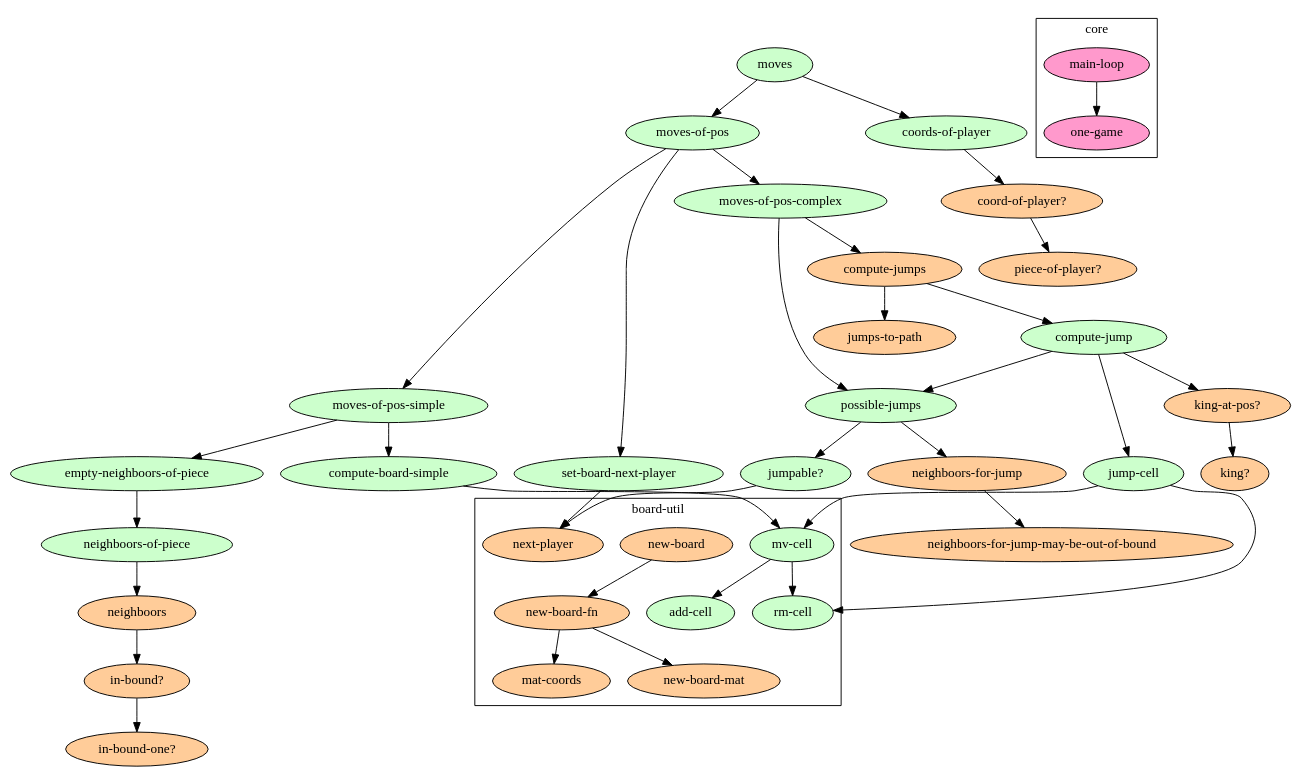
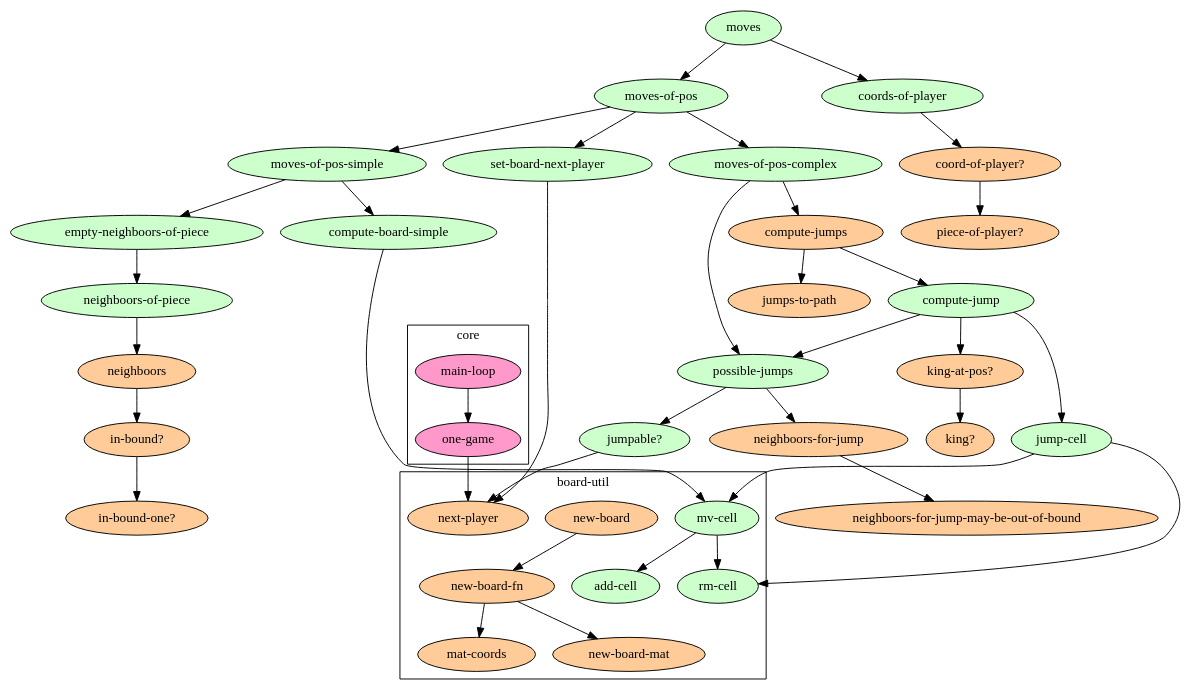
The diagram in doc/function-graph-detailled.dot (denlab/clojure-plays-checkers), drawn with Graphviz before and after one commit. The commit also changed 1 other file, not shown here.

Commit message:
one-game now uses next-player

```diff
--- a/doc/function-graph-detailled.dot
+++ b/doc/function-graph-detailled.dot
@@ -1,142 +1,141 @@
 digraph funtions {
 
 /******************************************************************************
  *                         edges                                              *         
  ******************************************************************************/
 
         "new-board-fn" -> "mat-coords";
         "new-board-fn" -> "new-board-mat";
         
         "new-board" -> "new-board-fn";
 
         "in-bound?" -> "in-bound-one?";
 
         "neighboors" -> "in-bound?";
 
         "neighboors-of-piece" -> "neighboors";
 
         "empty-neighboors-of-piece" -> "neighboors-of-piece";
 
         "mv-cell" -> "rm-cell";
         "mv-cell" -> "add-cell";
 
         "compute-board-simple" -> "mv-cell";
 
         "moves-of-pos-simple" -> "compute-board-simple";
         "moves-of-pos-simple" ->  "empty-neighboors-of-piece";
         
         "neighboors-for-jump" -> "neighboors-for-jump-may-be-out-of-bound";
 
         "jumpable?" -> "next-player";
 
         "possible-jumps" -> "jumpable?";
         "possible-jumps" -> "neighboors-for-jump";
 
         "jump-cell" -> "rm-cell";
         "jump-cell" -> "mv-cell";
 
         "king-at-pos?" -> "king?";
 
         "compute-jump" -> "jump-cell";
         "compute-jump" -> "possible-jumps";
         "compute-jump" -> "king-at-pos?";
 
         "compute-jumps" -> "compute-jump";
         "compute-jumps" -> "jumps-to-path";
 
         "moves-of-pos-complex" -> "compute-jumps";
         "moves-of-pos-complex" -> "possible-jumps";
         
         "set-board-next-player" -> "next-player";
 
         "moves-of-pos" -> "moves-of-pos-simple";
         "moves-of-pos" -> "moves-of-pos-complex";
         "moves-of-pos" -> "set-board-next-player";
 
         "coord-of-player?" -> "piece-of-player?";
 
         "coords-of-player" -> "coord-of-player?";
 
         "moves" -> "moves-of-pos";
         "moves" -> "coords-of-player";
 
 /******************************************************************************
  *                         nodes                                              *         
  ******************************************************************************/
 
         "moves"[style=filled,fillcolor="#CCFFCC"];
         "coords-of-player"[style=filled,fillcolor="#CCFFCC"];
         "moves-of-pos"[style=filled,fillcolor="#CCFFCC"];
         "moves-of-pos-complex"[style=filled,fillcolor="#CCFFCC"];
         "moves-of-pos-simple"[style=filled,fillcolor="#CCFFCC"];
         "compute-board-simple"[style=filled,fillcolor="#CCFFCC"];
         "mv-cell"[style=filled,fillcolor="#CCFFCC"];
         "add-cell"[style=filled,fillcolor="#CCFFCC"];
         "rm-cell"[style=filled,fillcolor="#CCFFCC"];
         "empty-neighboors-of-piece"[style=filled,fillcolor="#CCFFCC"];
         "neighboors-of-piece"[style=filled,fillcolor="#CCFFCC"];
 
         "compute-jump"[style=filled,fillcolor="#CCFFCC"];
 
         "jump-cell"[style=filled,fillcolor="#CCFFCC"];
         "possible-jumps"[style=filled,fillcolor="#CCFFCC"];
         "jumpable?"[style=filled,fillcolor="#CCFFCC"];
 
         "coord-of-player?"[style=filled,fillcolor="#FFCC99"];
         "jumps-to-path"[style=filled,fillcolor="#FFCC99"];
         "king-at-pos?"[style=filled,fillcolor="#FFCC99"];
         "king?"[style=filled,fillcolor="#FFCC99"];
         "neighboors-for-jump"[style=filled,fillcolor="#FFCC99"];
         "neighboors-for-jump-may-be-out-of-bound"[style=filled,fillcolor="#FFCC99"];
         "neighboors"[style=filled,fillcolor="#FFCC99"];
         "new-board"[style=filled,fillcolor="#FFCC99"];
         "new-board-fn"[style=filled,fillcolor="#FFCC99"];
         "new-board-mat"[style=filled,fillcolor="#FFCC99"];
         "mat-coords"[style=filled,fillcolor="#FFCC99"];
 
         "set-board-next-player"[style=filled,fillcolor="#CCFFCC"];
 
         "compute-jumps"[style=filled,fillcolor="#FFCC99"];
 
         "piece-of-player?"[style=filled,fillcolor="#FFCC99"];
         "next-player"[style=filled,fillcolor="#FFCC99"];
         "in-bound?"[style=filled,fillcolor="#FFCC99"];
         "in-bound-one?"[style=filled,fillcolor="#FFCC99"];
 
 
 /******************************************************************************
- *                         one-game                                           *         
+ *                         core                                               *         
  ******************************************************************************/
 
         subgraph "cluster-ns-core" {
                 label = "core";
 
                 node [style=filled,fillcolor="#FF99CC"];
 
                 "main-loop" -> "one-game";
 
                 "main-loop";
                 "one-game";
+        }
 
-
-
-        }
+        "one-game" -> "next-player";
 
 /******************************************************************************
  *                         namespaces                                         *         
  ******************************************************************************/
 
         subgraph "cluster-ns-board-util" {
                  "mv-cell";
                  "rm-cell";
                  "add-cell";
                  "next-player";
 
                  "new-board";
                  "new-board-fn";
                  "mat-coords";
                  "new-board-mat";
 
                  label = "board-util";
         }
 }
```
